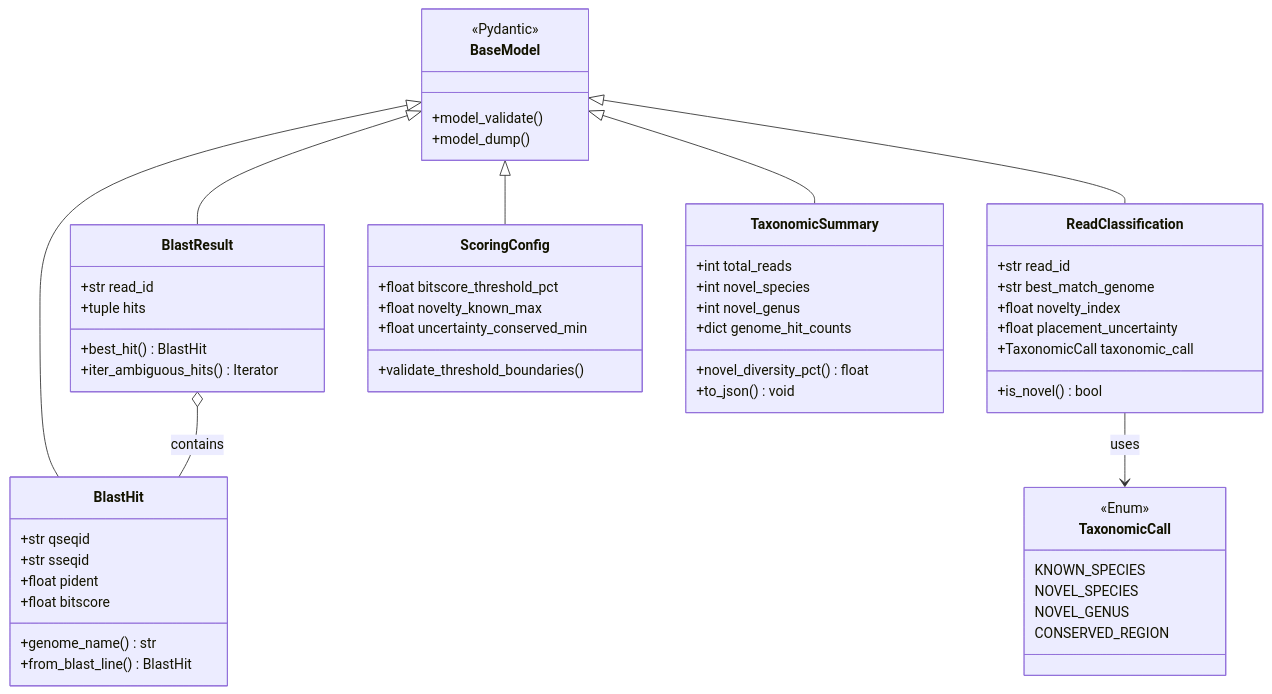
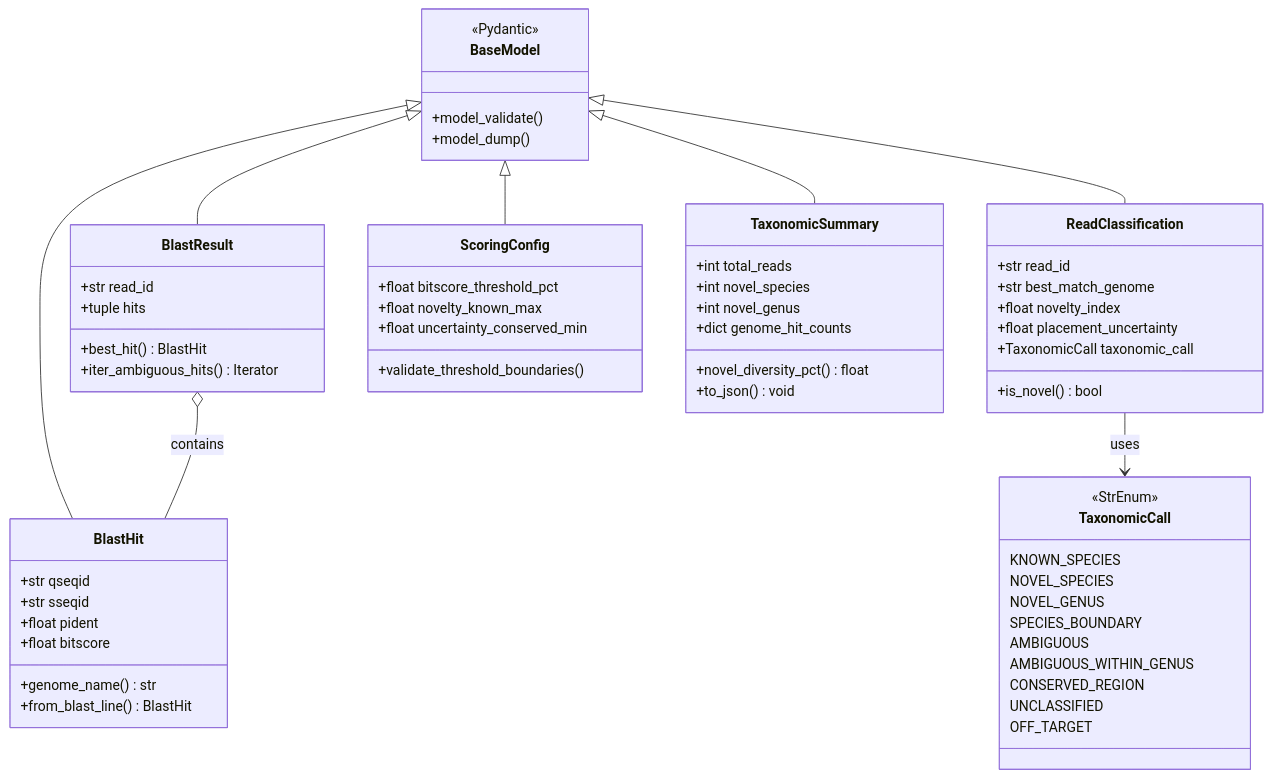
Before and after one commit to FOI-Bioinformatics/metadarkmatter: the fourth of 4 diagrams in docs/TECHNICAL_MANUAL.md, drawn with Mermaid. The commit also changed other lines of this file and 3 other files, not shown here.

````diff
--- a/docs/TECHNICAL_MANUAL.md
+++ b/docs/TECHNICAL_MANUAL.md
@@ -596,66 +631,71 @@
 ```mermaid
 classDiagram
     class BaseModel {
         <<Pydantic>>
         +model_validate()
         +model_dump()
     }
 
     class BlastHit {
         +str qseqid
         +str sseqid
         +float pident
         +float bitscore
         +genome_name() str
         +from_blast_line() BlastHit
     }
 
     class BlastResult {
         +str read_id
         +tuple hits
         +best_hit() BlastHit
         +iter_ambiguous_hits() Iterator
     }
 
     class ReadClassification {
         +str read_id
         +str best_match_genome
         +float novelty_index
         +float placement_uncertainty
         +TaxonomicCall taxonomic_call
         +is_novel() bool
     }
 
     class TaxonomicCall {
-        <<Enum>>
+        <<StrEnum>>
         KNOWN_SPECIES
         NOVEL_SPECIES
         NOVEL_GENUS
+        SPECIES_BOUNDARY
+        AMBIGUOUS
+        AMBIGUOUS_WITHIN_GENUS
         CONSERVED_REGION
+        UNCLASSIFIED
+        OFF_TARGET
     }
 
     class ScoringConfig {
         +float bitscore_threshold_pct
         +float novelty_known_max
         +float uncertainty_conserved_min
         +validate_threshold_boundaries()
     }
 
     class TaxonomicSummary {
         +int total_reads
         +int novel_species
         +int novel_genus
         +dict genome_hit_counts
         +novel_diversity_pct() float
         +to_json() void
     }
 
     BaseModel <|-- BlastHit
     BaseModel <|-- BlastResult
     BaseModel <|-- ReadClassification
     BaseModel <|-- ScoringConfig
     BaseModel <|-- TaxonomicSummary
 
     BlastResult o-- BlastHit : contains
     ReadClassification --> TaxonomicCall : uses
 ```
````
